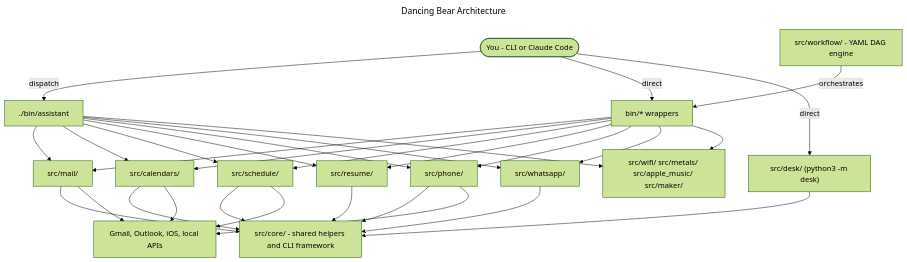
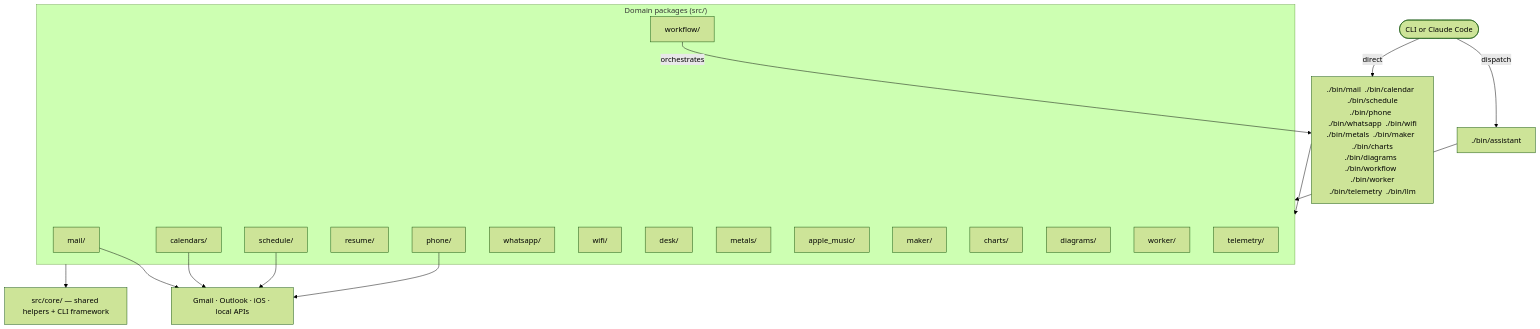
One commit to dancing-bear-show/dancing-bear changed the first of 4 diagrams in README.md. Above: the diagram before and after it, drawn with Mermaid (forest theme). The commit also changed other lines of this file and 45 other files, not shown here.

````diff
--- a/README.md
+++ b/README.md
@@ -69,49 +66,39 @@
 ```mermaid
----
-title: Dancing Bear Architecture
----
 flowchart TB
-    user([You - CLI or Claude Code])
+    user([CLI or Claude Code])
     assistant[./bin/assistant]
-    bins[bin/* wrappers]
-    mail[src/mail/]
-    calendars[src/calendars/]
-    schedule[src/schedule/]
-    resume[src/resume/]
-    phone[src/phone/]
-    whatsapp[src/whatsapp/]
-    other["src/wifi/ src/metals/ src/apple_music/ src/maker/"]
-    desk["src/desk/ (python3 -m desk)"]
-    core[src/core/ - shared helpers and CLI framework]
-    workflow[src/workflow/ - YAML DAG engine]
-    providers[Gmail, Outlook, iOS, local APIs]
+    bins["./bin/mail  ./bin/calendar  ./bin/schedule\n./bin/phone  ./bin/whatsapp  ./bin/wifi\n./bin/metals  ./bin/maker  ./bin/charts\n./bin/diagrams  ./bin/workflow  ./bin/worker\n./bin/telemetry  ./bin/llm"]
+
+    subgraph domain["Domain packages (src/)"]
+        mail[mail/]
+        calendars[calendars/]
+        schedule[schedule/]
+        resume[resume/]
+        phone[phone/]
+        whatsapp[whatsapp/]
+        wifi[wifi/]
+        desk[desk/]
+        metals[metals/]
+        apple_music[apple_music/]
+        maker[maker/]
+        charts[charts/]
+        diagrams[diagrams/]
+        workflow[workflow/]
+        worker[worker/]
+        telemetry[telemetry/]
+    end
+
+    core[src/core/ — shared helpers + CLI framework]
+    providers[Gmail · Outlook · iOS · local APIs]
+
     user -->|dispatch| assistant
     user -->|direct| bins
-    user -->|direct| desk
-    assistant --> mail
-    assistant --> calendars
-    assistant --> schedule
-    assistant --> resume
-    assistant --> phone
-    assistant --> whatsapp
-    assistant --> other
-    bins --> mail
-    bins --> calendars
-    bins --> schedule
-    bins --> resume
-    bins --> phone
-    bins --> whatsapp
-    bins --> other
-    mail --> core
-    calendars --> core
-    schedule --> core
-    resume --> core
-    phone --> core
-    whatsapp --> core
-    desk --> core
+    assistant --> domain
+    bins --> domain
+    domain --> core
     mail --> providers
     calendars --> providers
     schedule --> providers
     phone --> providers
     workflow -->|orchestrates| bins
 ```
````
